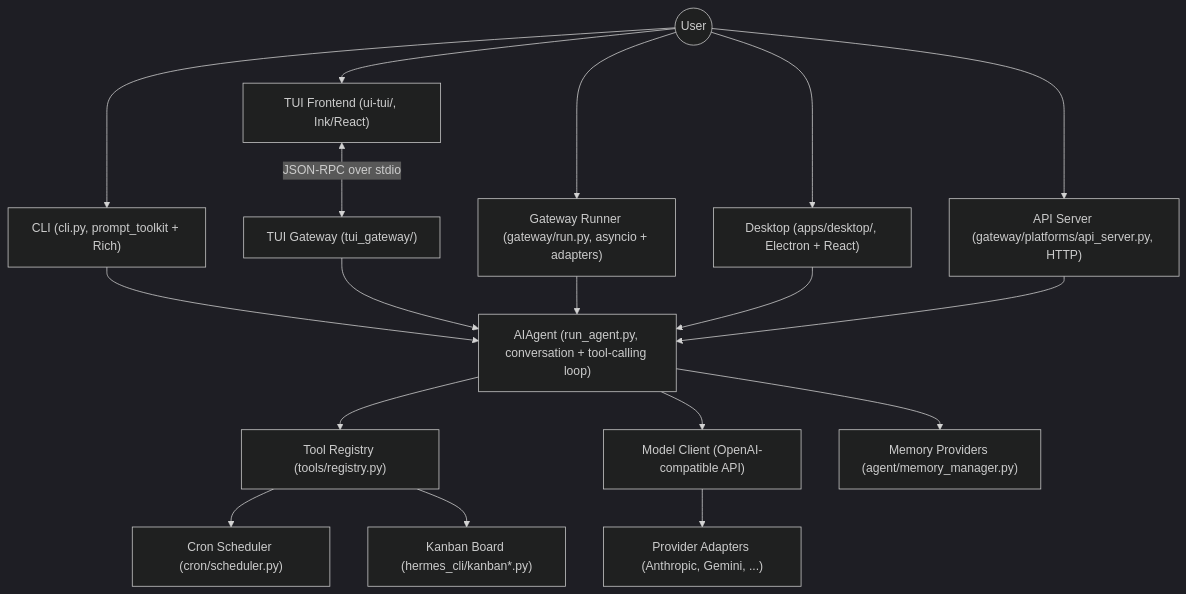
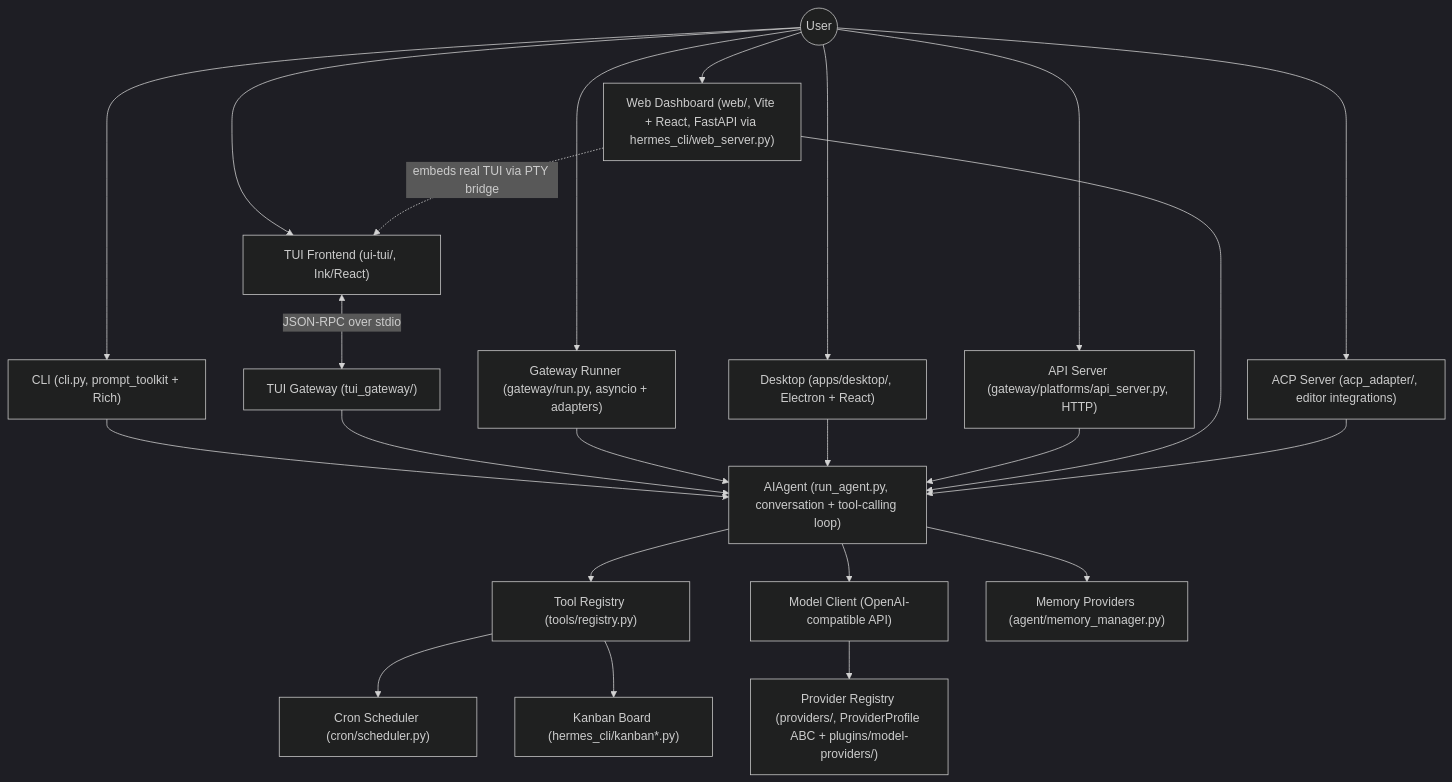
The first of 2 diagrams in NousResearch/hermes-agent/.sdlc/context/architecture.md (TomzxCode/sdlc), drawn with Mermaid (dark theme) before and after one commit. The commit also changed other lines of this file and 47 other files, not shown here.

Commit message:
Refresh SDLC for NousResearch/hermes-agent

````diff
--- a/NousResearch/hermes-agent/.sdlc/context/architecture.md
+++ b/NousResearch/hermes-agent/.sdlc/context/architecture.md
@@ -5,22 +5,25 @@
 ```mermaid
 flowchart TB
     User((User))
     CLI["CLI (cli.py, prompt_toolkit + Rich)"]
     TUI["TUI Frontend (ui-tui/, Ink/React)"]
     GW["Gateway Runner (gateway/run.py, asyncio + adapters)"]
     Desk["Desktop (apps/desktop/, Electron + React)"]
     API["API Server (gateway/platforms/api_server.py, HTTP)"]
+    Web["Web Dashboard (web/, Vite + React, FastAPI via hermes_cli/web_server.py)"]
+    ACP["ACP Server (acp_adapter/, editor integrations)"]
     Agent["AIAgent (run_agent.py, conversation + tool-calling loop)"]
     Reg["Tool Registry (tools/registry.py)"]
     Model["Model Client (OpenAI-compatible API)"]
-    Prov["Provider Adapters (Anthropic, Gemini, ...)"]
+    Prov["Provider Registry (providers/, ProviderProfile ABC + plugins/model-providers/)"]
     Mem["Memory Providers (agent/memory_manager.py)"]
     Cron["Cron Scheduler (cron/scheduler.py)"]
     Kanban["Kanban Board (hermes_cli/kanban*.py)"]
-    User --> CLI & TUI & GW & Desk & API
+    User --> CLI & TUI & GW & Desk & API & Web & ACP
+    Web -.->|embeds real TUI via PTY bridge| TUI
     TUI <-->|JSON-RPC over stdio| TG["TUI Gateway (tui_gateway/)"]
-    CLI & TG & GW & Desk & API --> Agent
+    CLI & TG & GW & Desk & API & Web & ACP --> Agent
     Agent --> Reg & Model & Mem
     Model --> Prov
     Reg --> Cron & Kanban
 ```
````
